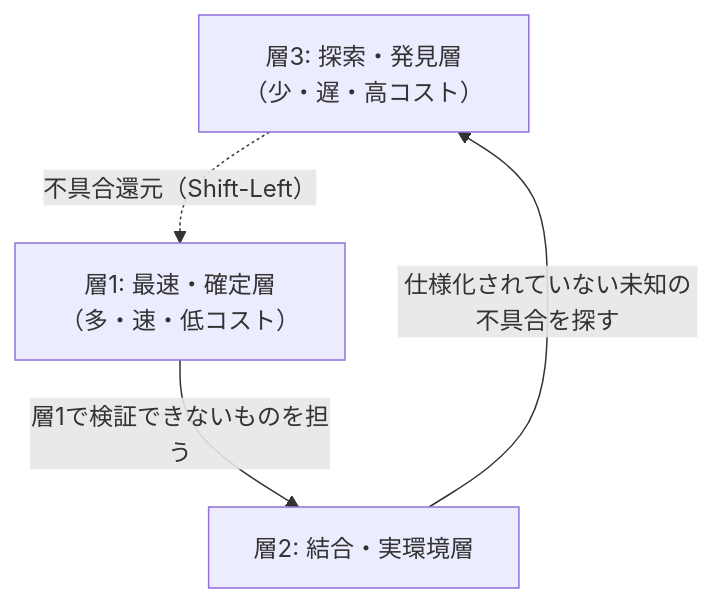
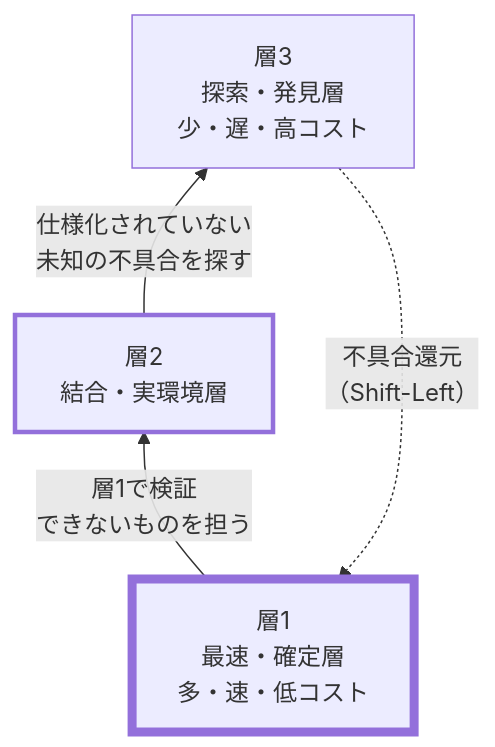
One commit to toshio-shiratori/harness-test-strategy changed the second of 2 diagrams in docs/testing/01-test-policy.md. Above: the diagram before and after it, drawn with Mermaid. The commit also changed other lines of this file, not shown here.

Commit message:
docs: 01 §3 3層アーキテクチャの図で、層の並び順(下が層1)が読み取れるようにする (#211)
- flowchart を BT にし、層1を下・層3を上に積み上げる。矢印の向きとラベルは変えない
- 層の厚さを枠線の太さで表し、図の読み方を説明する 1 行を足す
- ノード内を語の切れ目で改行する

````diff
--- a/docs/testing/01-test-policy.md
+++ b/docs/testing/01-test-policy.md
@@ -78,9 +78,12 @@
 ```mermaid
-flowchart TB
-  L3["層3: 探索・発見層<br/>（少・遅・高コスト）"]
-  L2["層2: 結合・実環境層"]
-  L1["層1: 最速・確定層<br/>（多・速・低コスト）"]
-  L1 -- "層1で検証できないものを担う" --> L2
-  L2 -- "仕様化されていない未知の不具合を探す" --> L3
-  L3 -. "不具合還元（Shift-Left）" .-> L1
+flowchart BT
+  L1["層1<br/>最速・確定層<br/>多・速・低コスト"]
+  L2["層2<br/>結合・実環境層"]
+  L3["層3<br/>探索・発見層<br/>少・遅・高コスト"]
+  L1 -- "層1で検証<br/>できないものを担う" --> L2
+  L2 -- "仕様化されていない<br/>未知の不具合を探す" --> L3
+  L3 -. "不具合還元<br/>（Shift-Left）" .-> L1
+  style L1 stroke-width:6px
+  style L2 stroke-width:3px
+  style L3 stroke-width:1px
 ```
````
